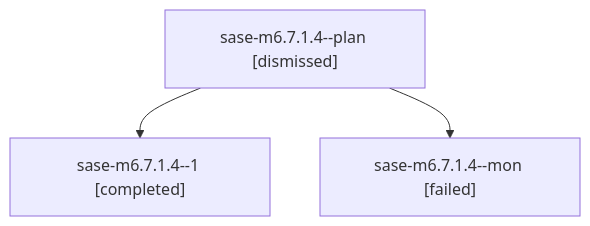
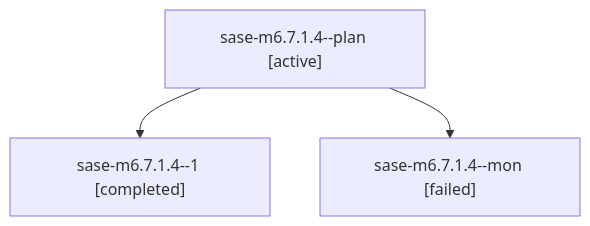
One commit to sase-org/sase--agents changed the diagram in families/bbugyi200.athena.sase-m6.7.1.4.md. Above: the diagram before and after it, drawn with Mermaid. The commit also changed other lines of this file and 35830 other files, not shown here.

````diff
--- a/families/bbugyi200.athena.sase-m6.7.1.4.md
+++ b/families/bbugyi200.athena.sase-m6.7.1.4.md
@@ -9,8 +9,8 @@
 ```mermaid
 flowchart TD
-  n0["sase-m6.7.1.4--plan [dismissed]"]
+  n0["sase-m6.7.1.4--plan [active]"]
   n1["sase-m6.7.1.4--1 [completed]"]
   n0 --> n1
   n2["sase-m6.7.1.4--mon [failed]"]
   n0 --> n2
 ```
````
